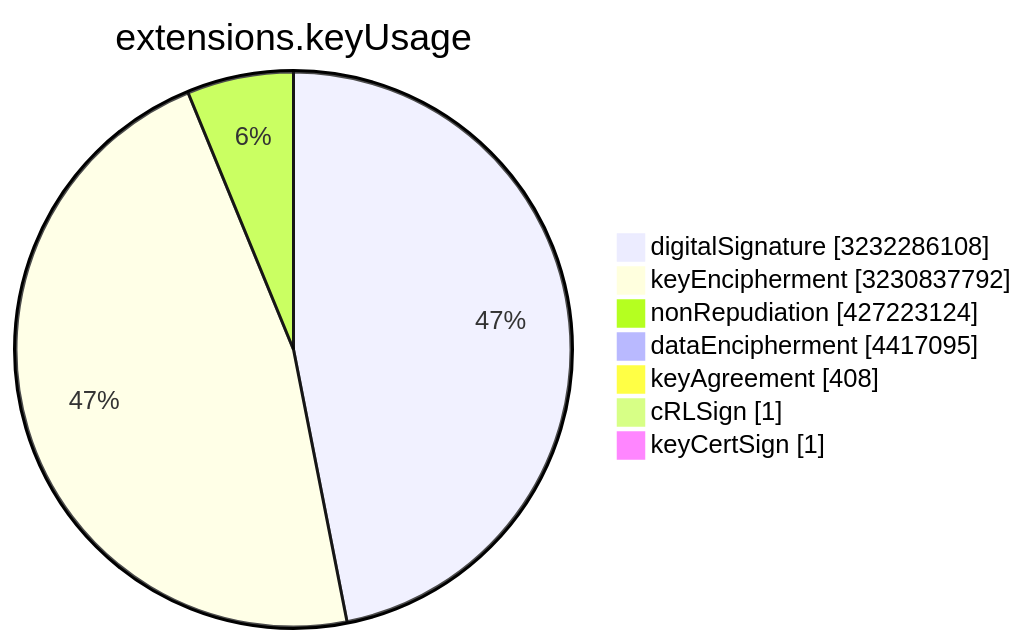
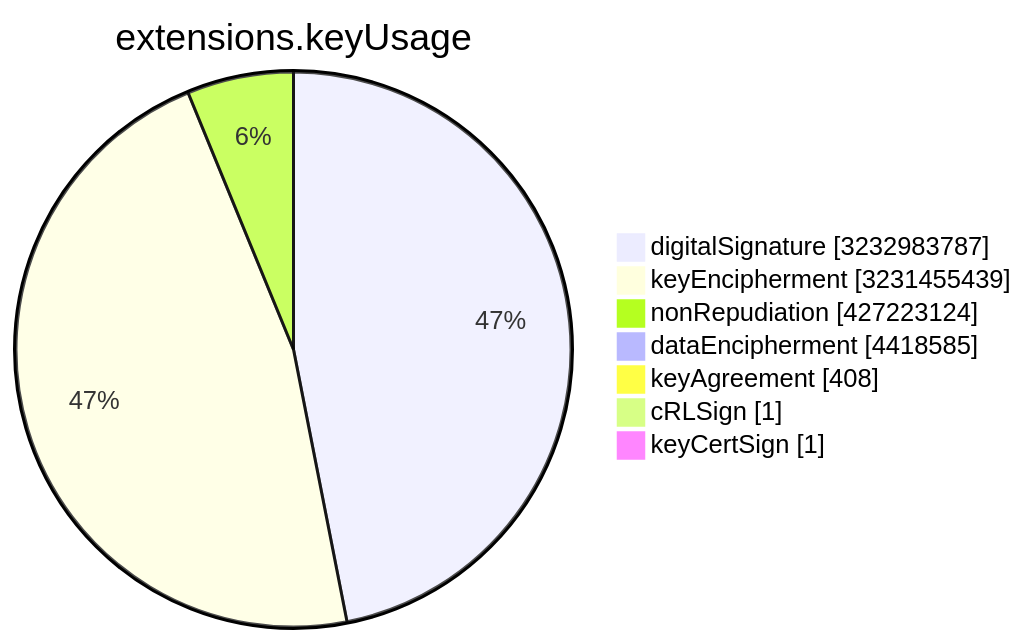
The sixth of 15 diagrams in TOTAL/README.md (christiankrug/ctmonitor_visualization), drawn with Mermaid before and after one commit. The commit also changed other lines of this file, not shown here.

````diff
--- a/TOTAL/README.md
+++ b/TOTAL/README.md
@@ -3077,11 +3077,11 @@
 ```mermaid
 pie showData
 title extensions.keyUsage
-"digitalSignature" :3232286108
-"keyEncipherment" :3230837792
+"digitalSignature" :3232983787
+"keyEncipherment" :3231455439
 "nonRepudiation" :427223124
-"dataEncipherment" :4417095
+"dataEncipherment" :4418585
 "keyAgreement" :408
 "cRLSign" :1
 "keyCertSign" :1
 ```
````
